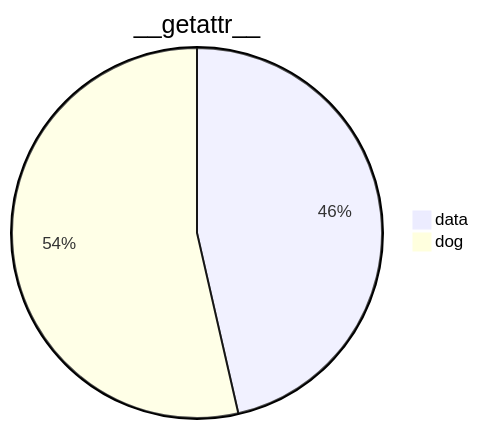
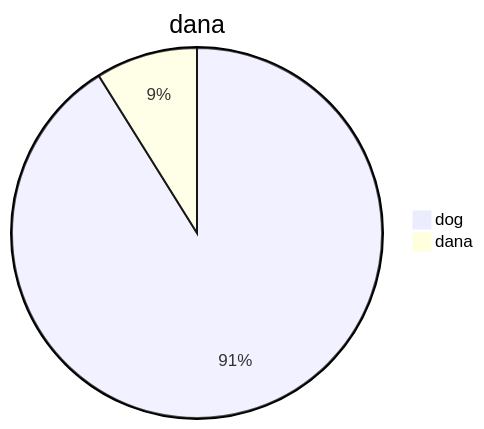
One commit to TalPeretzSwimm/Tal-github-app changed the diagram in .swm/redo-mermaid-test-after-release-fix.16rvz.sw.md. Above: the diagram before and after it, drawn with Mermaid. The commit also changed other lines of this file, not shown here.

Commit message:
docs(swimm): update swimms: "Redo Mermaid test after release fix"

````diff
--- a/.swm/redo-mermaid-test-after-release-fix.16rvz.sw.md
+++ b/.swm/redo-mermaid-test-after-release-fix.16rvz.sw.md
@@ -16,5 +13,5 @@
 ```mermaid
-pie title __getattr__
- "data": 123
- "dog": 142
+pie title dana
+  "dog": 123
+  "dana": 12
 ```
````
